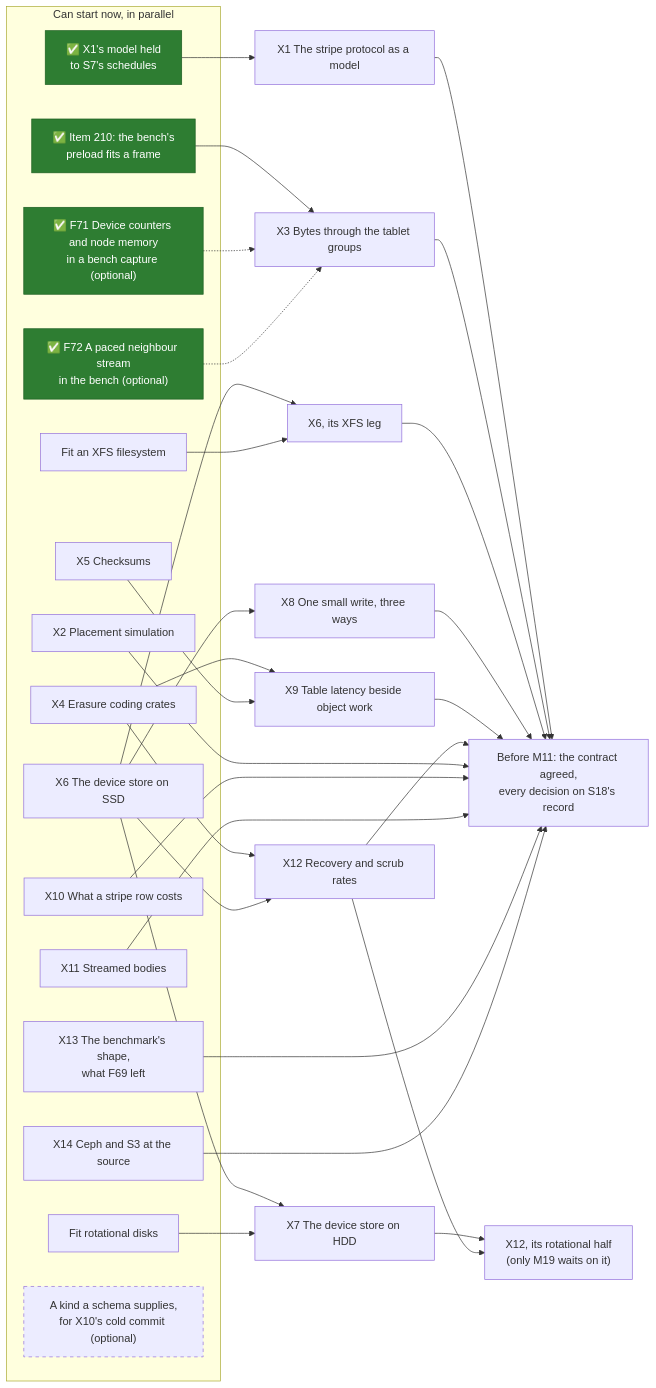
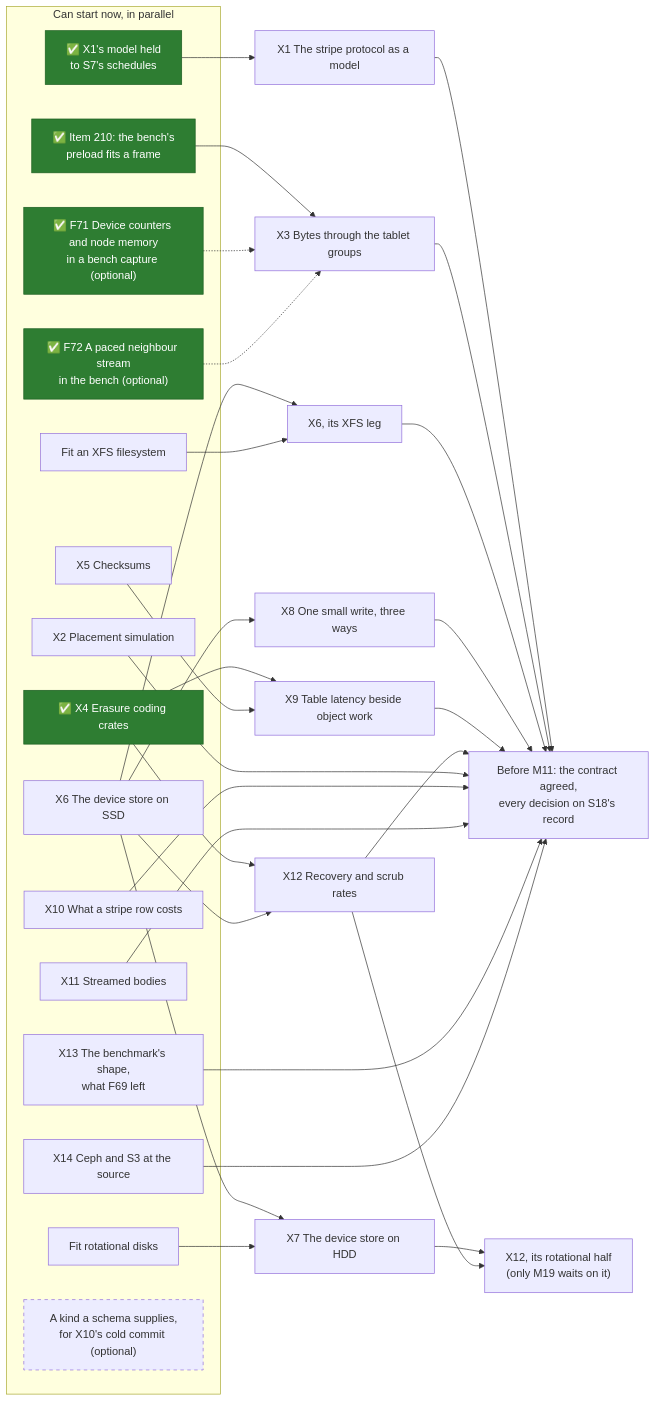
The first of 2 diagrams in docs/src/object-storage/whats-left-todo.md (mjcarson/shoal), drawn with Mermaid before and after one commit. The commit also changed other lines of this file and 38 other files, not shown here.

````diff
--- a/docs/src/object-storage/whats-left-todo.md
+++ b/docs/src/object-storage/whats-left-todo.md
@@ -24,57 +24,57 @@
 ```mermaid
 flowchart LR
     classDef done fill:#2e7d32,stroke:#1b5e20,color:#ffffff
     classDef optional stroke-dasharray: 5 5
     subgraph now["Can start now, in parallel"]
         R1["✅ X1's model held<br>to S7's schedules"]:::done
         R2["✅ Item 210: the bench's<br>preload fits a frame"]:::done
         XFS["Fit an XFS filesystem"]
         Disks["Fit rotational disks"]
         X2["X2 Placement simulation"]
-        X4["X4 Erasure coding crates"]
+        X4["✅ X4 Erasure coding crates"]:::done
         X5["X5 Checksums"]
         X6["X6 The device store on SSD"]
         X10["X10 What a stripe row costs"]
         X11["X11 Streamed bodies"]
         X13["X13 The benchmark's shape,<br>what F69 left"]
         X14["X14 Ceph and S3 at the source"]
         Counters["✅ F71 Device counters and node memory<br>in a bench capture (optional)"]:::done
         Neighbour["✅ F72 A paced neighbour stream<br>in the bench (optional)"]:::done
         Kinds["A kind a schema supplies,<br>for X10's cold commit (optional)"]:::optional
     end
     X1["X1 The stripe protocol as a model"]
     X3["X3 Bytes through the tablet groups"]
     X6x["X6, its XFS leg"]
     X7["X7 The device store on HDD"]
     X8["X8 One small write, three ways"]
     X9["X9 Table latency beside object work"]
     X12["X12 Recovery and scrub rates"]
     X12r["X12, its rotational half<br>(only M19 waits on it)"]
     Gate["Before M11: the contract agreed,<br>every decision on S18's record"]
     R1 --> X1
     R2 --> X3
     X6 --> X6x
     XFS --> X6x
     X6 --> X7
     Disks --> X7
     X6 --> X8
     X4 --> X9
     X5 --> X9
     X4 --> X12
     X6 --> X12
     X7 --> X12r
     X12 --> X12r
     Counters -.-> X3
     Neighbour -.-> X3
     X1 --> Gate
     X3 --> Gate
     X6x --> Gate
     X8 --> Gate
     X9 --> Gate
     X12 --> Gate
     X2 ---> Gate
     X10 ---> Gate
     X11 ---> Gate
     X13 ---> Gate
     X14 ---> Gate
 ```
````
